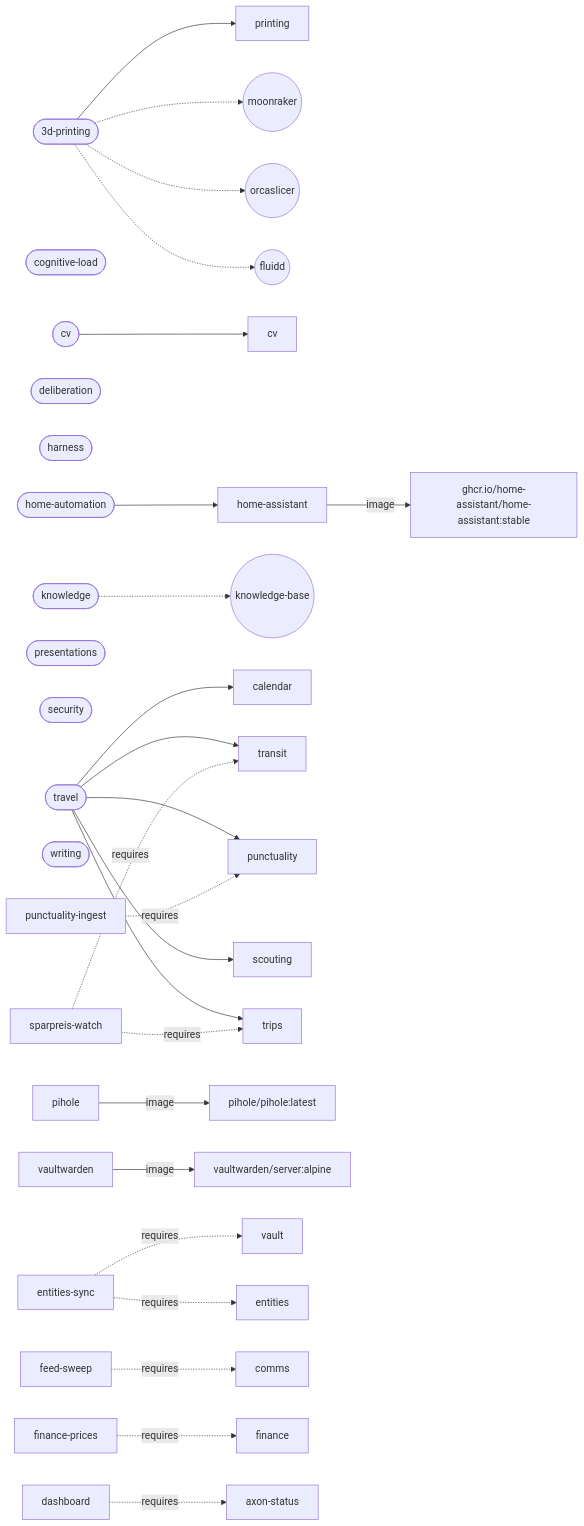
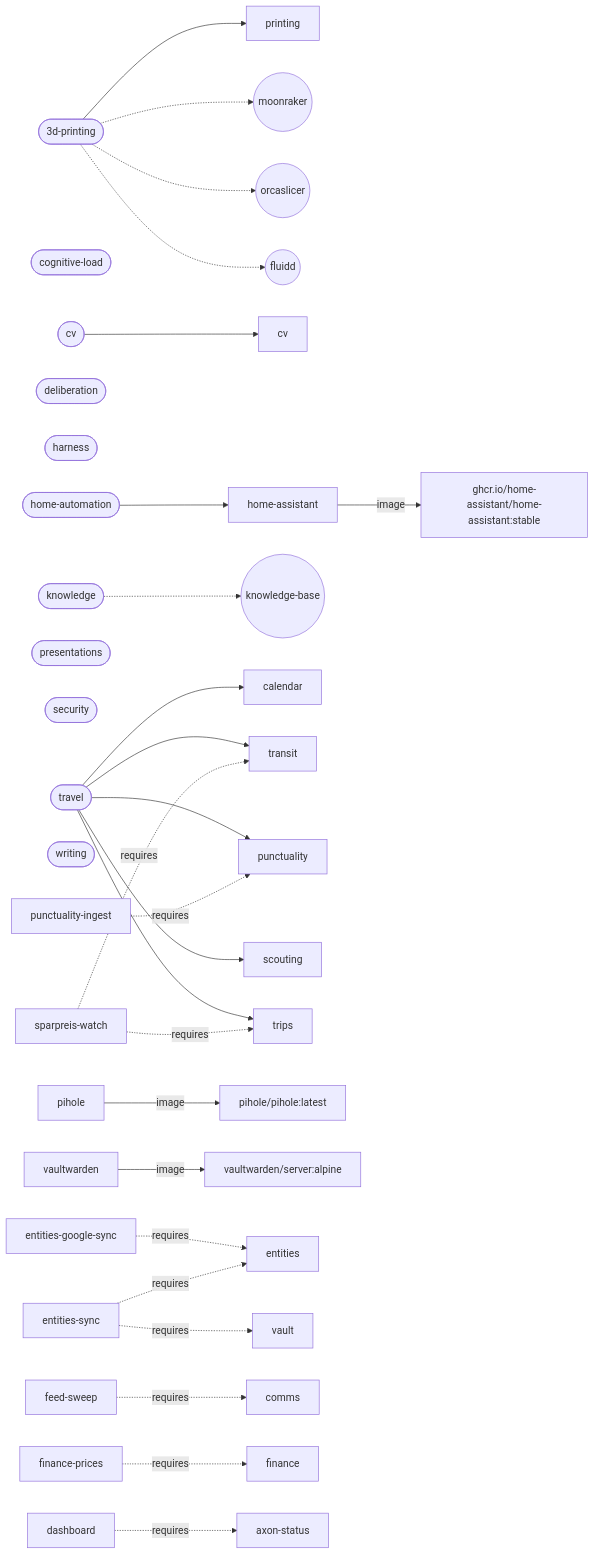
The diagram in ARCHITECTURE.md (larsboes/Axon), drawn with Mermaid before and after one commit. The commit also changed other lines of this file and 4 other files, not shown here.

First line of the commit message:
entities: a deleted person stays deleted, and Google Contacts syncs every 12h

````diff
--- a/ARCHITECTURE.md
+++ b/ARCHITECTURE.md
@@ -152,37 +152,38 @@
 ```mermaid
 flowchart LR
   pack_3d_printing(["3d-printing"])
   pack_3d_printing --> cap_printing["printing"]
   pack_3d_printing -.-> sys_moonraker(("moonraker"))
   pack_3d_printing -.-> sys_orcaslicer(("orcaslicer"))
   pack_3d_printing -.-> sys_fluidd(("fluidd"))
   pack_cognitive_load(["cognitive-load"])
   pack_cv(["cv"])
   pack_cv --> cap_cv["cv"]
   pack_deliberation(["deliberation"])
   pack_harness(["harness"])
   pack_home_automation(["home-automation"])
   pack_home_automation --> cap_home_assistant["home-assistant"]
   pack_knowledge(["knowledge"])
   pack_knowledge -.-> sys_knowledge_base(("knowledge-base"))
   pack_presentations(["presentations"])
   pack_security(["security"])
   pack_travel(["travel"])
   pack_travel --> cap_calendar["calendar"]
   pack_travel --> cap_transit["transit"]
   pack_travel --> cap_punctuality["punctuality"]
   pack_travel --> cap_scouting["scouting"]
   pack_travel --> cap_trips["trips"]
   pack_writing(["writing"])
   cap_home_assistant["home-assistant"] -->|image| img_ghcr_io_home_assistant_home_assistant["ghcr.io/home-assistant/home-assistant:stable"]
   cap_pihole["pihole"] -->|image| img_pihole_pihole["pihole/pihole:latest"]
   cap_vaultwarden["vaultwarden"] -->|image| img_vaultwarden_server["vaultwarden/server:alpine"]
+  cap_entities_google_sync["entities-google-sync"] -.->|requires| cap_entities["entities"]
   cap_entities_sync["entities-sync"] -.->|requires| cap_vault["vault"]
   cap_entities_sync["entities-sync"] -.->|requires| cap_entities["entities"]
   cap_feed_sweep["feed-sweep"] -.->|requires| cap_comms["comms"]
   cap_finance_prices["finance-prices"] -.->|requires| cap_finance["finance"]
   cap_punctuality_ingest["punctuality-ingest"] -.->|requires| cap_punctuality["punctuality"]
   cap_sparpreis_watch["sparpreis-watch"] -.->|requires| cap_transit["transit"]
   cap_sparpreis_watch["sparpreis-watch"] -.->|requires| cap_trips["trips"]
   cap_dashboard["dashboard"] -.->|requires| cap_axon_status["axon-status"]
 ```
````
